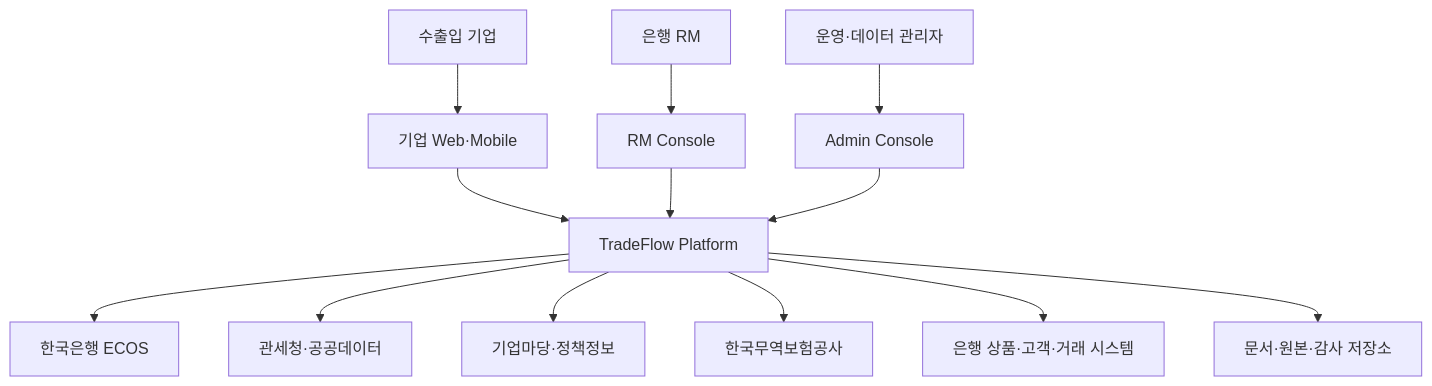
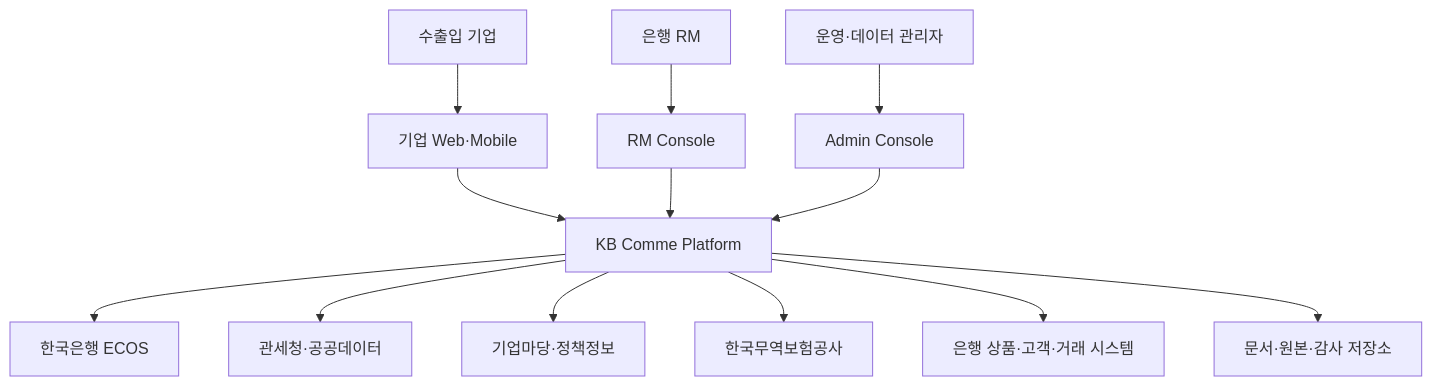
One commit to GreenGreenAI/KB-Comme changed the second of 3 diagrams in docs/product/product-architecture-plan.md. Above: the diagram before and after it, drawn with Mermaid. The commit also changed other lines of this file and 22 other files, not shown here.

````diff
--- a/docs/product/product-architecture-plan.md
+++ b/docs/product/product-architecture-plan.md
@@ -350,23 +350,23 @@
 ```mermaid
 flowchart TB
     COMPANY["수출입 기업"]
     RM["은행 RM"]
     ADMIN["운영·데이터 관리자"]
 
     WEB["기업 Web·Mobile"]
     RMWEB["RM Console"]
     ADMINWEB["Admin Console"]
 
-    CORE["TradeFlow Platform"]
+    CORE["KB Comme Platform"]
 
     COMPANY --> WEB --> CORE
     RM --> RMWEB --> CORE
     ADMIN --> ADMINWEB --> CORE
 
     CORE --> BOK["한국은행 ECOS"]
     CORE --> CUSTOMS["관세청·공공데이터"]
     CORE --> BIZINFO["기업마당·정책정보"]
     CORE --> KSURE["한국무역보험공사"]
     CORE --> BANK["은행 상품·고객·거래 시스템"]
     CORE --> STORAGE["문서·원본·감사 저장소"]
 ```
````
